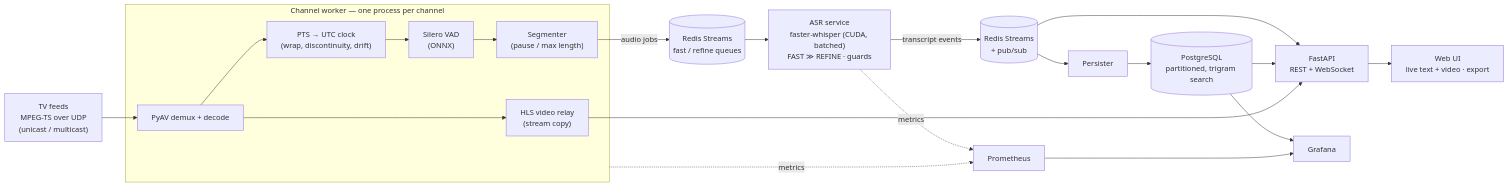
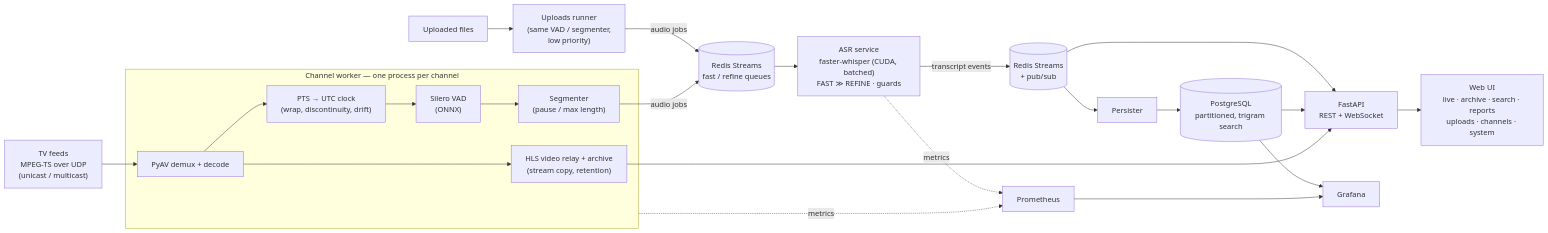
The diagram in README.md (Sabeeh-Dayyan/urdu-live-stt-gpu), drawn with Mermaid before and after one commit. The commit also changed other lines of this file and 39 other files, not shown here.

First line of the commit message:
v0.2.0: video archive and time-range replay, search topics, reports, uploads, channel management, system page, model comparison

````diff
--- a/README.md
+++ b/README.md
@@ -27,22 +35,24 @@
 ```mermaid
 flowchart LR
   FEED["TV feeds<br/>MPEG-TS over UDP<br/>(unicast / multicast)"]
   subgraph W["Channel worker — one process per channel"]
     ING["PyAV demux + decode"] --> CLK["PTS → UTC clock<br/>(wrap, discontinuity, drift)"]
     CLK --> VAD["Silero VAD<br/>(ONNX)"] --> SEG["Segmenter<br/>(pause / max length)"]
-    ING --> HLS["HLS video relay<br/>(stream copy)"]
+    ING --> HLS["HLS video relay + archive<br/>(stream copy, retention)"]
   end
   FEED --> ING
+  FILE["Uploaded files"] --> UPR["Uploads runner<br/>(same VAD / segmenter,<br/>low priority)"]
+  UPR -- "audio jobs" --> RQ
   SEG -- "audio jobs" --> RQ[("Redis Streams<br/>fast / refine queues")]
   RQ --> ASR["ASR service<br/>faster-whisper (CUDA, batched)<br/>FAST ≫ REFINE · guards"]
   ASR -- "transcript events" --> EV[("Redis Streams<br/>+ pub/sub")]
   EV --> PER["Persister"] --> PG[("PostgreSQL<br/>partitioned, trigram search")]
   EV --> API["FastAPI<br/>REST + WebSocket"]
   PG --> API
   HLS --> API
-  API --> UI["Web UI<br/>live text + video · export"]
+  API --> UI["Web UI<br/>live · archive · search · reports<br/>uploads · channels · system"]
   PG --> GRAF["Grafana"]
   PROM["Prometheus"] --> GRAF
   W -. metrics .-> PROM
   ASR -. metrics .-> PROM
 ```
````
